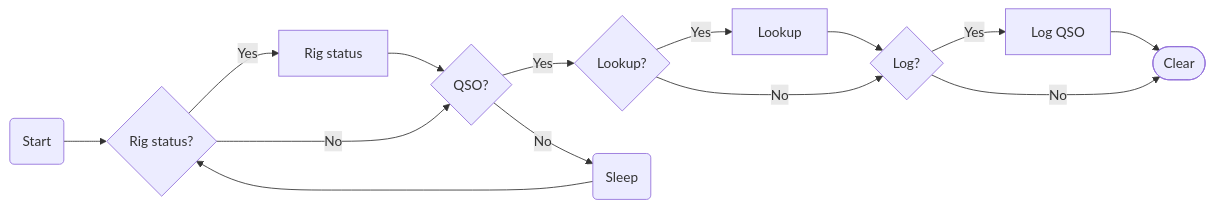
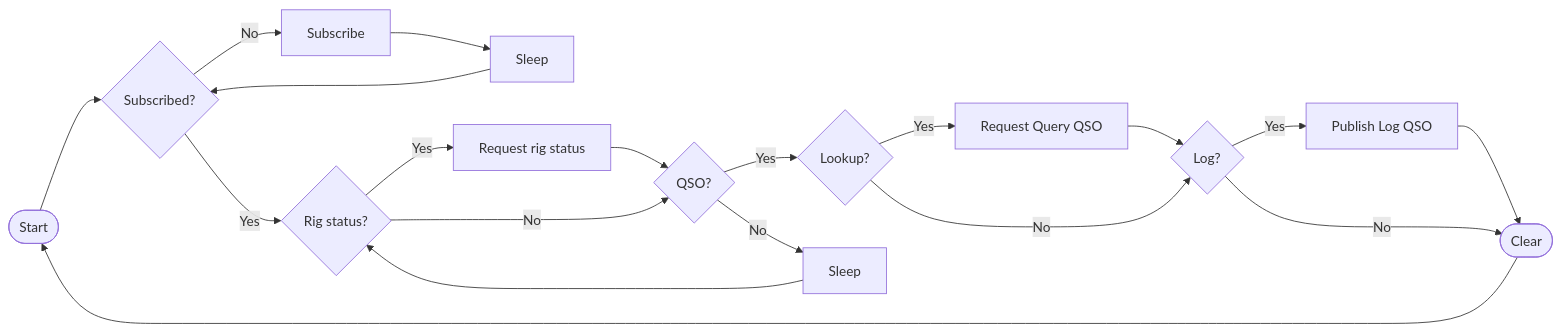
One commit to ckuhtz/ham changed the first of 4 diagrams in doc/workflow.md. Above: the diagram before and after it, drawn with Mermaid. The commit also changed other lines of this file, not shown here.

````diff
--- a/doc/workflow.md
+++ b/doc/workflow.md
@@ -5,18 +5,24 @@
 ```mermaid
 flowchart LR;
     Start([Start]);
-        Clear([Clear]);
-    Start(Start) --> Rig0{Rig status?};
-    Rig0 -->|Yes| Rig1[Rig status];
+    Clear([Clear]);
+    Start --> Subscribed0{Subscribed?};
+    Subscribed0 -->|Yes| Rig0;
+    Subscribed0 -->|No| Subscribed1[Subscribe];
+    Subscribed1 --> Sleep0[Sleep];
+    Sleep0 --> Subscribed0;
+    Rig0{Rig status?};
+    Rig0 -->|Yes| Rig1[Request rig status];
     Rig1 --> QSO0{QSO?};
     Rig0 -->|No| QSO0; 
-    QSO0 -->|Yes| Lookup0{Lookup?};
-    QSO0 -->|No| QSO1(Sleep);
+QSO0 -->|Yes| Lookup0{Lookup?};
+    QSO0 -->|No| QSO1[Sleep];
     QSO1 --> Rig0;
-    Lookup0 -->|Yes| Lookup1[Lookup];
-    Lookup1 --> Log0;
-    Lookup0 -->|No| Log0{Log?};
-    Log0 -->|Yes| Log1[Log QSO];
-    Log1 --> Clear;
-    Log0 -->|No| Clear;
+    Lookup0 -->|Yes| Lookup1[Request Query QSO];
+    Lookup1 --> LogQSO0;
+    Lookup0 -->|No| LogQSO0{Log?};
+    LogQSO0 -->|Yes| LogQSO1[Publish Log QSO];
+    LogQSO1 --> Clear;
+    LogQSO0 -->|No| Clear;
+    Clear --> Start;
 ```
````
